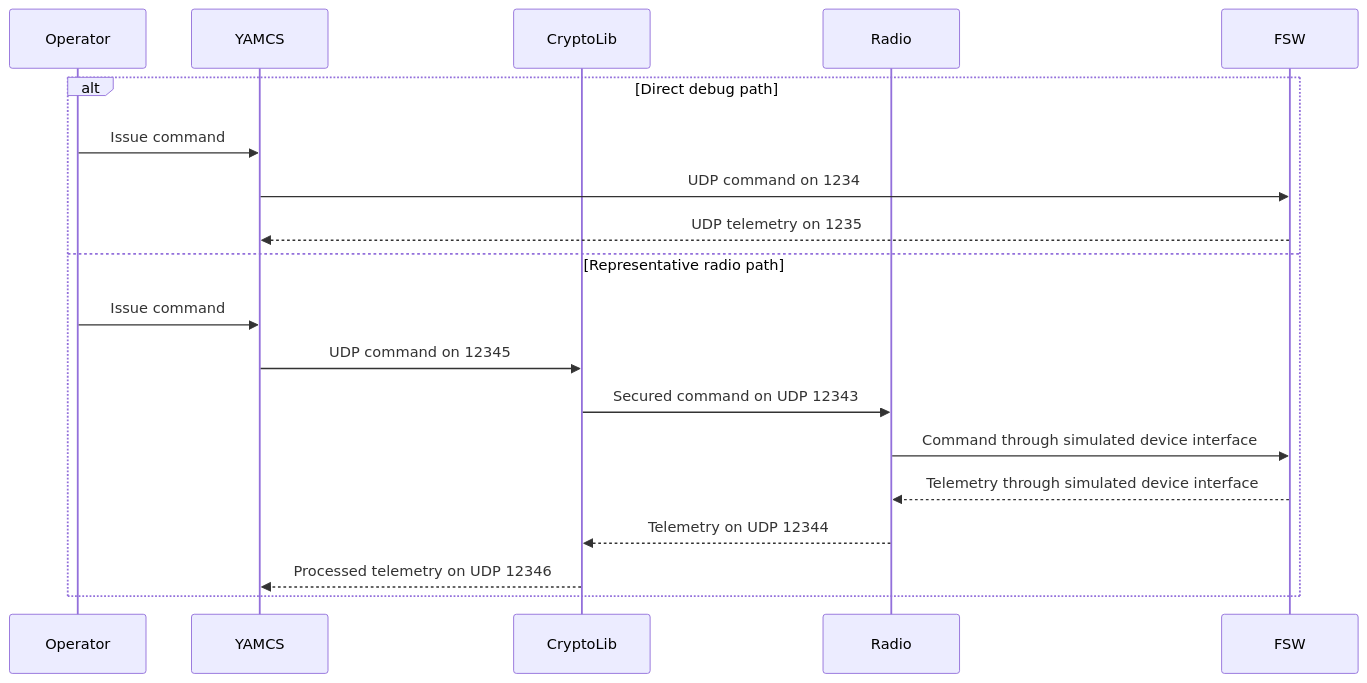
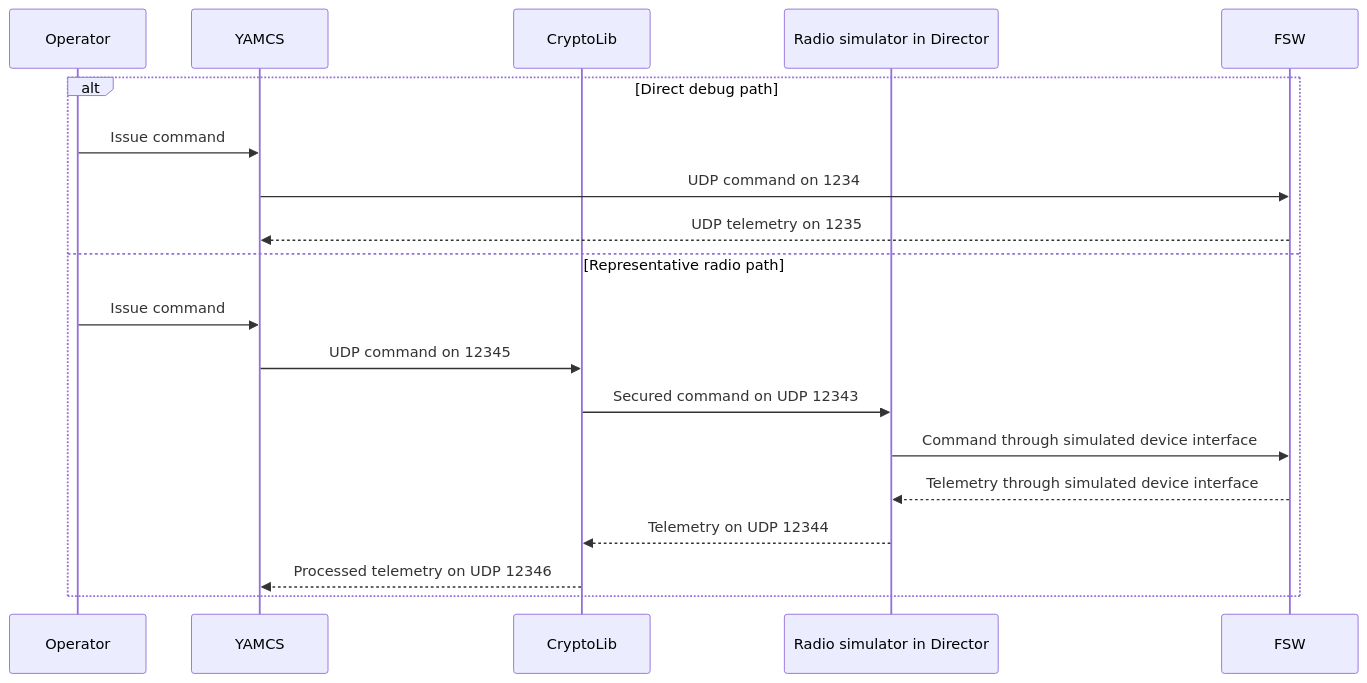
The eighth of 8 diagrams in atlas/docs/manual/core-concepts/architecture.md (VoyagerTechnologies-Public/shire), drawn with Mermaid before and after one commit. The commit also changed other lines of this file and 19 other files, not shown here.

````diff
--- a/atlas/docs/manual/core-concepts/architecture.md
+++ b/atlas/docs/manual/core-concepts/architecture.md
@@ -145,22 +224,22 @@
 ```mermaid
 sequenceDiagram
     participant Operator
     participant YAMCS
     participant CryptoLib
-    participant Radio
+    participant Radio as Radio simulator in Director
     participant FSW
 
     alt Direct debug path
         Operator->>YAMCS: Issue command
         YAMCS->>FSW: UDP command on 1234
         FSW-->>YAMCS: UDP telemetry on 1235
     else Representative radio path
         Operator->>YAMCS: Issue command
         YAMCS->>CryptoLib: UDP command on 12345
         CryptoLib->>Radio: Secured command on UDP 12343
         Radio->>FSW: Command through simulated device interface
         FSW-->>Radio: Telemetry through simulated device interface
         Radio-->>CryptoLib: Telemetry on UDP 12344
         CryptoLib-->>YAMCS: Processed telemetry on UDP 12346
     end
 ```
````
